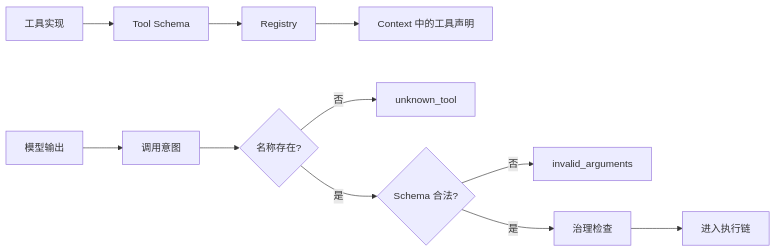
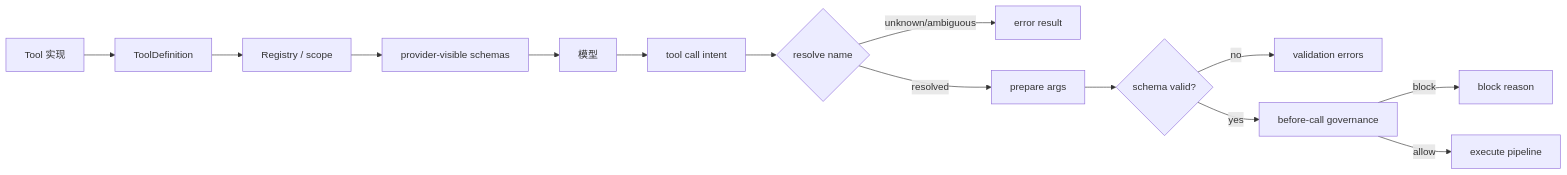
The first of 2 diagrams in tutorial/zh-CN/02-harness-mechanics/tool-schema.md (xiaoslin9153/awesome-agent-harness-tutorial), drawn with Mermaid before and after one commit. The commit also changed other lines of this file and 3 other files, not shown here.

Commit message:
docs: rewrite tool schema protocol

````diff
--- a/tutorial/zh-CN/02-harness-mechanics/tool-schema.md
+++ b/tutorial/zh-CN/02-harness-mechanics/tool-schema.md
@@ -34,13 +55,16 @@
 ```mermaid
 flowchart LR
-  T[工具实现] --> S[Tool Schema]
-  S --> R[Registry]
-  R --> C[Context 中的工具声明]
-  M[模型输出] --> P[调用意图]
-  P --> V{名称存在?}
-  V -- 否 --> X1[unknown_tool]
-  V -- 是 --> A{Schema 合法?}
-  A -- 否 --> X2[invalid_arguments]
-  A -- 是 --> G[治理检查]
-  G --> E[进入执行链]
+  T[Tool 实现] --> D[ToolDefinition]
+  D --> R[Registry / scope]
+  R --> V[provider-visible schemas]
+  V --> M[模型]
+  M --> C[tool call intent]
+  C --> N{resolve name}
+  N -- unknown/ambiguous --> E1[error result]
+  N -- resolved --> P[prepare args]
+  P --> S{schema valid?}
+  S -- no --> E2[validation errors]
+  S -- yes --> H[before-call governance]
+  H -- block --> E3[block reason]
+  H -- allow --> X[execute pipeline]
 ```
````
